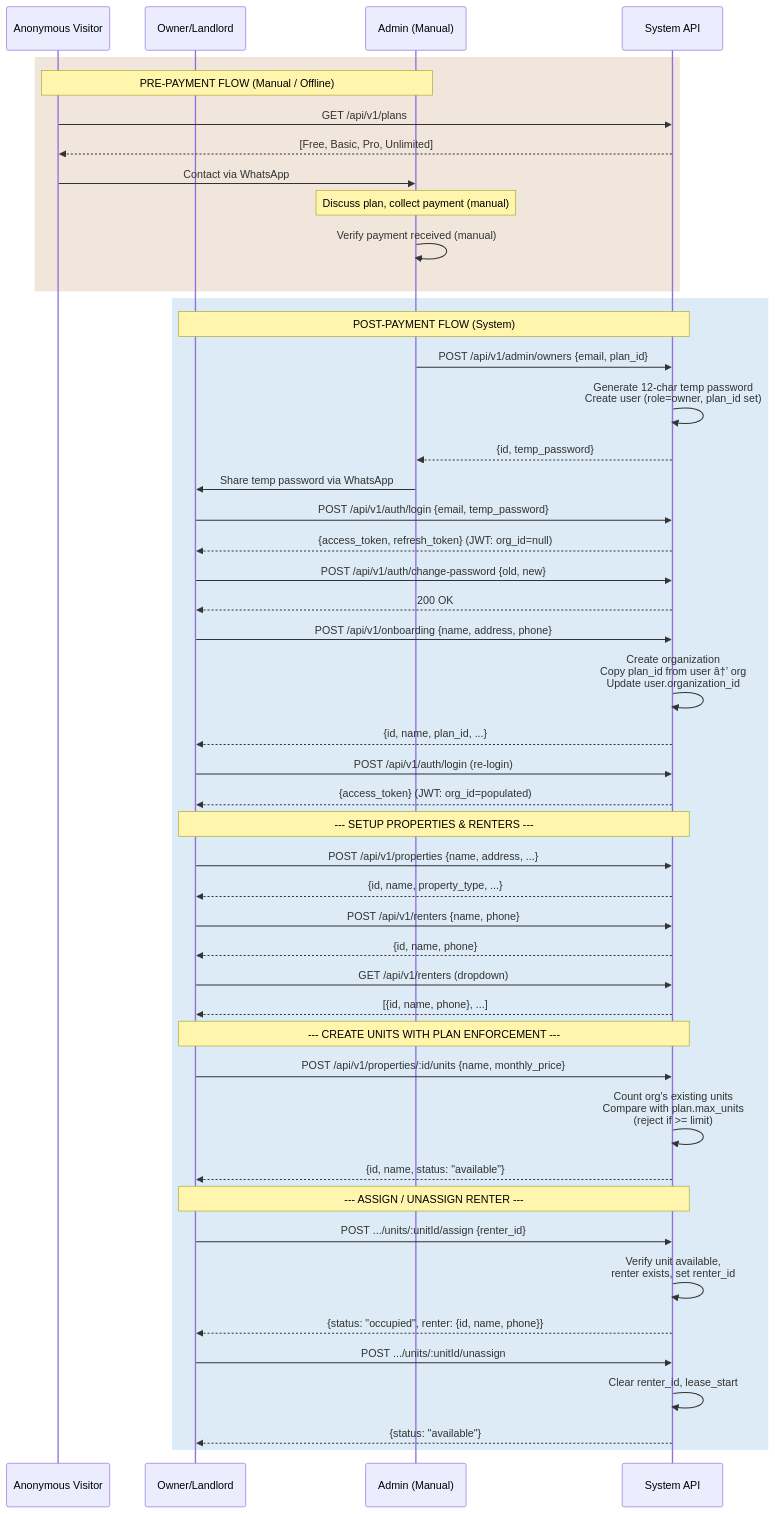
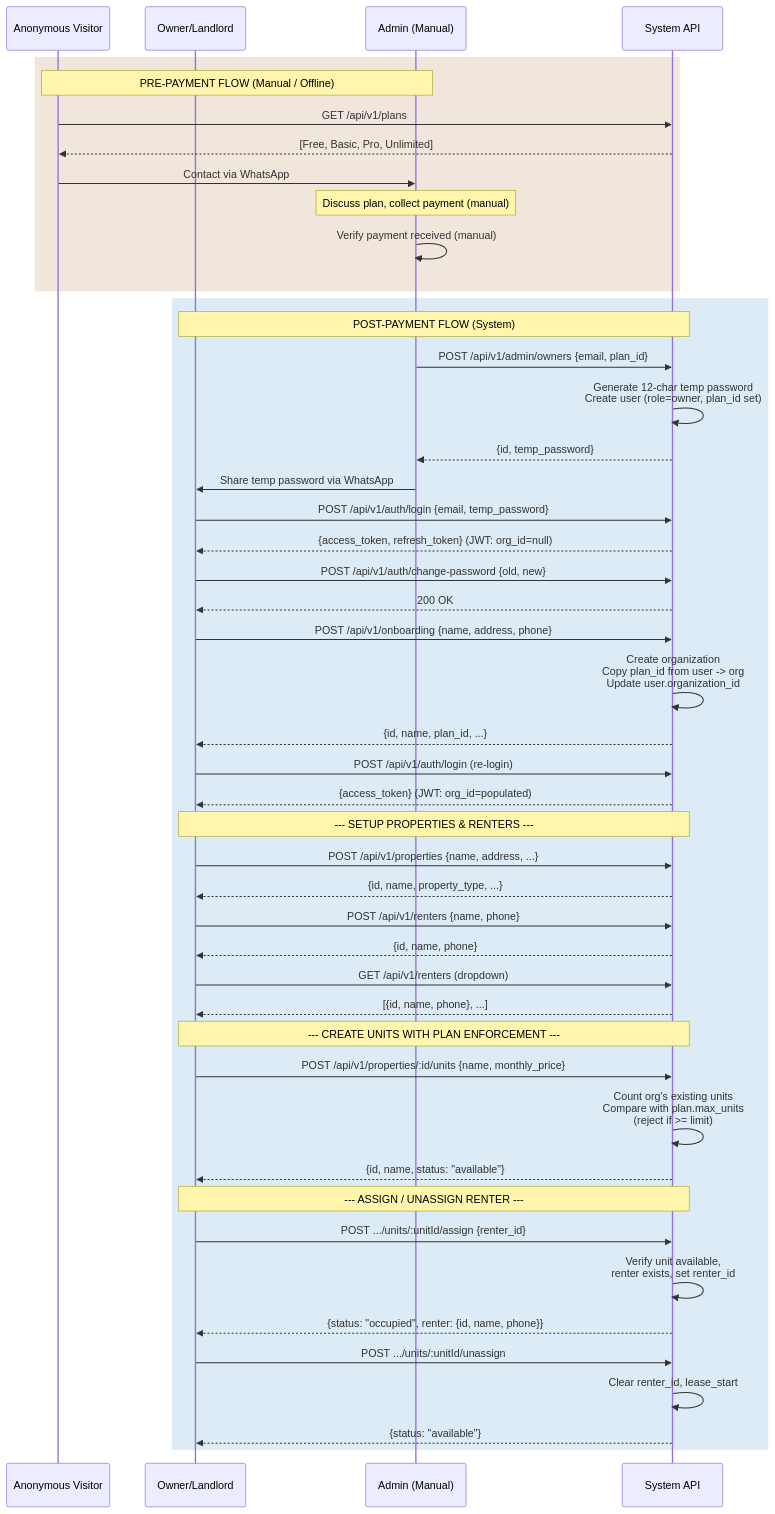
One commit to Yayanjay/zenlabs-flowershow changed the diagram in README.md. Above: the diagram before and after it, drawn with Mermaid.

Commit message:
Fix formatting in onboarding section of README

````diff
--- a/README.md
+++ b/README.md
@@ -4,65 +4,65 @@
 ```mermaid
 sequenceDiagram
     participant V as Anonymous Visitor
     participant O as Owner/Landlord
     participant A as Admin (Manual)
     participant S as System API
 
     rect rgb(240, 230, 220)
         Note over V,A: PRE-PAYMENT FLOW (Manual / Offline)
         V->>S: GET /api/v1/plans
         S-->>V: [Free, Basic, Pro, Unlimited]
         V->>A: Contact via WhatsApp
         Note over A: Discuss plan, collect payment (manual)
         A->>A: Verify payment received (manual)
     end
 
     rect rgb(220, 235, 245)
         Note over O,S: POST-PAYMENT FLOW (System)
 
         A->>S: POST /api/v1/admin/owners {email, plan_id}
         S->>S: Generate 12-char temp password<br/>Create user (role=owner, plan_id set)
         S-->>A: {id, temp_password}
         A->>O: Share temp password via WhatsApp
 
         O->>S: POST /api/v1/auth/login {email, temp_password}
         S-->>O: {access_token, refresh_token} (JWT: org_id=null)
 
         O->>S: POST /api/v1/auth/change-password {old, new}
         S-->>O: 200 OK
 
         O->>S: POST /api/v1/onboarding {name, address, phone}
-        S->>S: Create organization<br/>Copy plan_id from user â†’ org<br/>Update user.organization_id
+        S->>S: Create organization<br/>Copy plan_id from user -> org<br/>Update user.organization_id
         S-->>O: {id, name, plan_id, ...}
 
         O->>S: POST /api/v1/auth/login (re-login)
         S-->>O: {access_token} (JWT: org_id=populated)
 
         Note over O,S: --- SETUP PROPERTIES & RENTERS ---
 
         O->>S: POST /api/v1/properties {name, address, ...}
         S-->>O: {id, name, property_type, ...}
 
         O->>S: POST /api/v1/renters {name, phone}
         S-->>O: {id, name, phone}
 
         O->>S: GET /api/v1/renters (dropdown)
         S-->>O: [{id, name, phone}, ...]
 
         Note over O,S: --- CREATE UNITS WITH PLAN ENFORCEMENT ---
 
         O->>S: POST /api/v1/properties/:id/units {name, monthly_price}
         S->>S: Count org's existing units<br/>Compare with plan.max_units<br/>(reject if >= limit)
         S-->>O: {id, name, status: "available"}
 
         Note over O,S: --- ASSIGN / UNASSIGN RENTER ---
 
         O->>S: POST .../units/:unitId/assign {renter_id}
         S->>S: Verify unit available,<br/>renter exists, set renter_id
         S-->>O: {status: "occupied", renter: {id, name, phone}}
 
         O->>S: POST .../units/:unitId/unassign
         S->>S: Clear renter_id, lease_start
         S-->>O: {status: "available"}
     end
 ```
````
